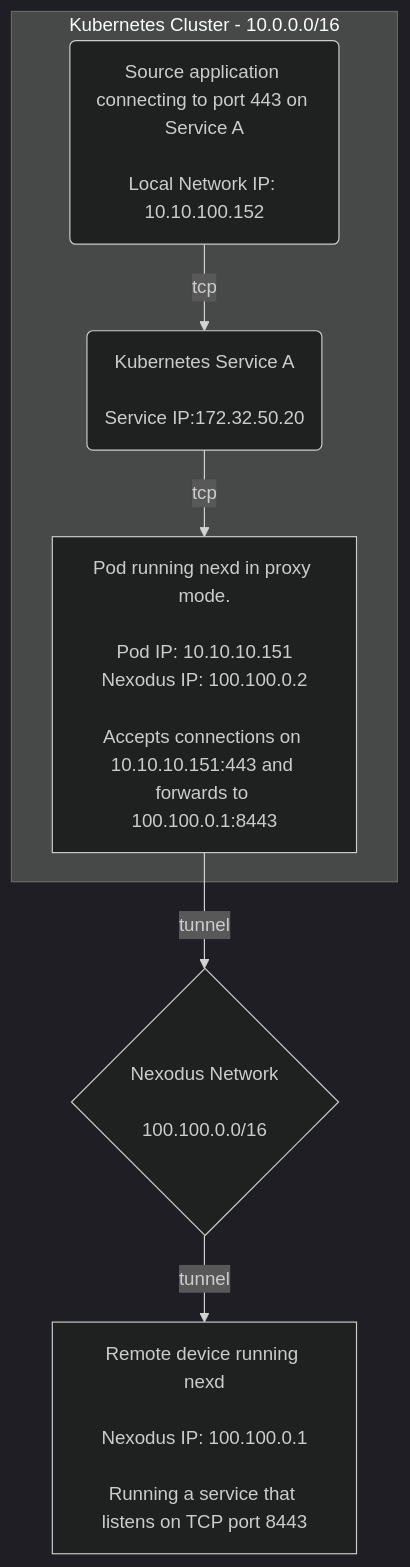
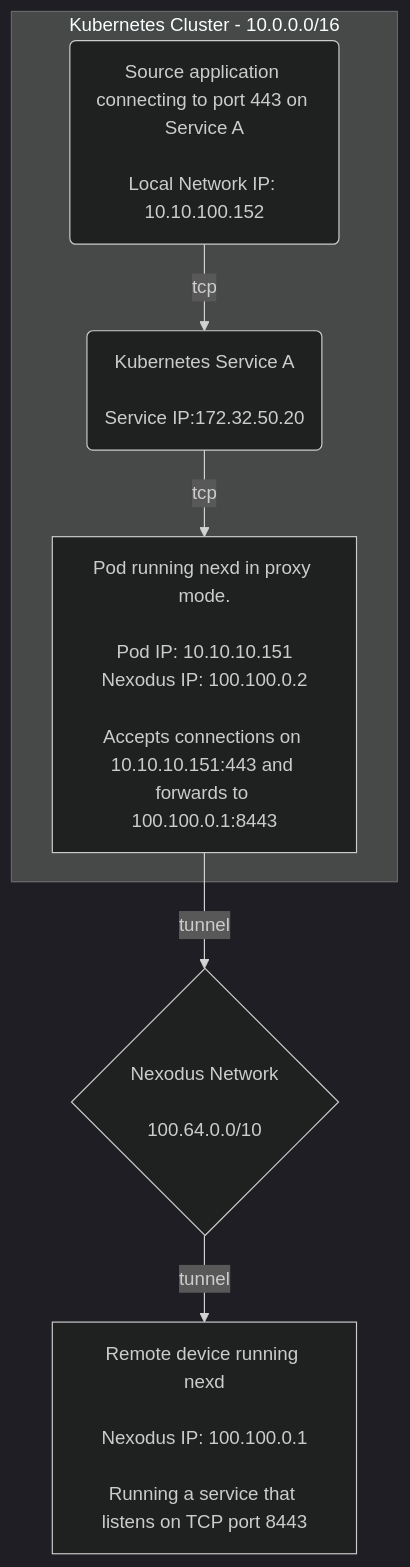
Before and after one commit to nexodus-io/nexodus: the second of 4 diagrams in docs/development/design/nexlink.md, drawn with Mermaid (dark theme). The commit also changed other lines of this file and 22 other files, not shown here.

````diff
--- a/docs/development/design/nexlink.md
+++ b/docs/development/design/nexlink.md
@@ -55,11 +55,11 @@
 ```mermaid
 flowchart TD
  linkStyle default interpolate basis
- network{Nexodus Network<br/><br/>100.100.0.0/16}-->|tunnel|device1[Remote device running nexd<br/><br/>Nexodus IP: 100.100.0.1<br/><br/>Running a service that listens on TCP port 8443]
+ network{Nexodus Network<br/><br/>100.64.0.0/10}-->|tunnel|device1[Remote device running nexd<br/><br/>Nexodus IP: 100.100.0.1<br/><br/>Running a service that listens on TCP port 8443]
  container[Pod running nexd in proxy mode.<br/><br/>Pod IP: 10.10.10.151<br/>Nexodus IP: 100.100.0.2<br/><br/>Accepts connections on 10.10.10.151:443 and forwards to 100.100.0.1:8443]-->|tunnel|network
 
  subgraph Kubernetes Cluster - 10.0.0.0/16
  dest(Source application connecting to port 443 on Service A<br/><br/>Local Network IP: 10.10.100.152)-->|tcp|service1(Kubernetes Service A<br/><br/>Service IP:172.32.50.20)
  service1-->|tcp|container
  end
 ```
````
